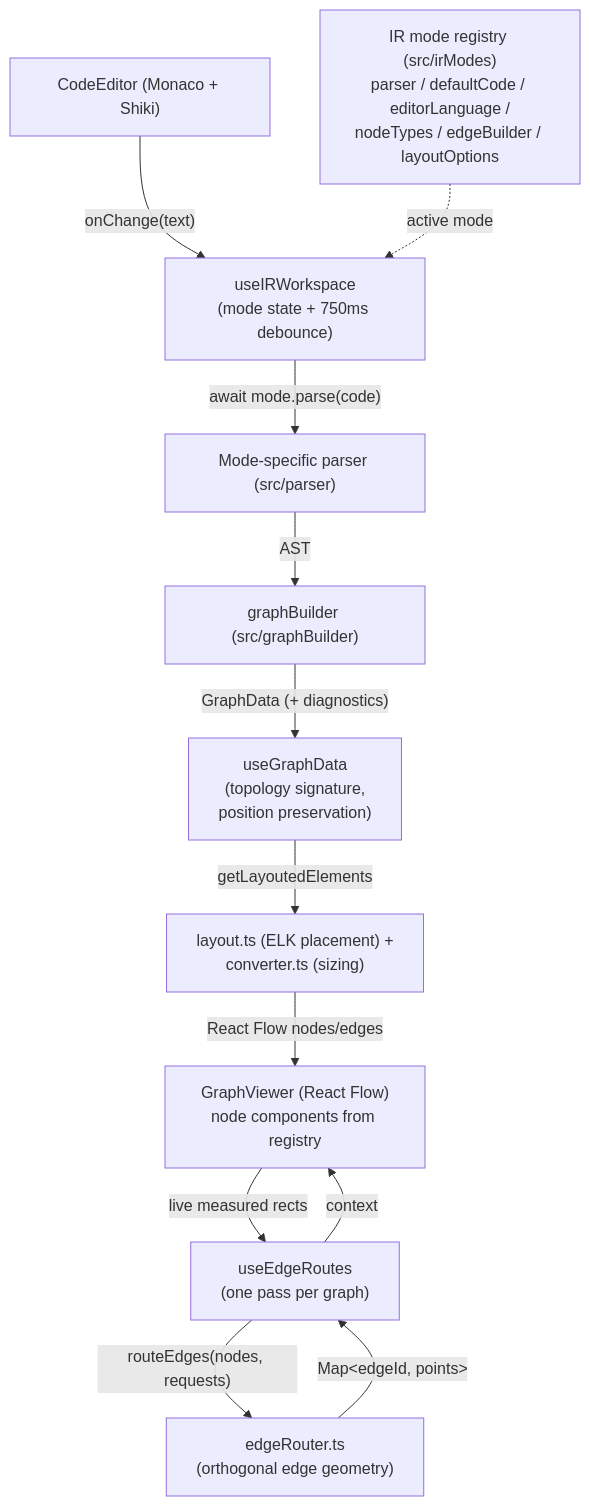
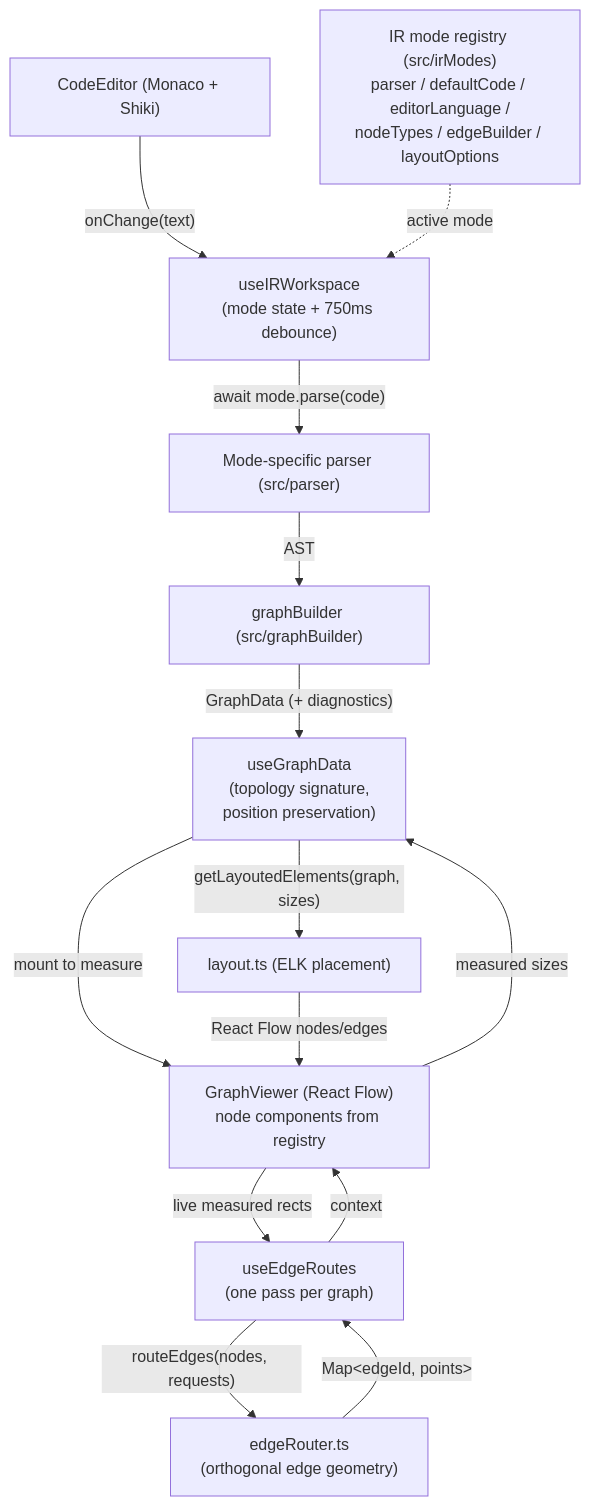
Before and after one commit to himadajin/ir-visualizer: the diagram in docs/internal/architecture.md, drawn with Mermaid. The commit also changed other lines of this file and 38 other files, not shown here.

First line of the commit message:
feat(layout): run ELK on measured node sizes with shared spacing constants (#119)

````diff
--- a/docs/internal/architecture.md
+++ b/docs/internal/architecture.md
@@ -7,14 +7,16 @@
 ```mermaid
 flowchart TD
   Editor["CodeEditor (Monaco + Shiki)"] -->|"onChange(text)"| Workspace["useIRWorkspace<br/>(mode state + 750ms debounce)"]
   Registry["IR mode registry (src/irModes)<br/>parser / defaultCode / editorLanguage /<br/>nodeTypes / edgeBuilder / layoutOptions"] -.->|"active mode"| Workspace
   Workspace -->|"await mode.parse(code)"| Parser["Mode-specific parser (src/parser)"]
   Parser -->|AST| Builder["graphBuilder (src/graphBuilder)"]
   Builder -->|"GraphData (+ diagnostics)"| GraphHook["useGraphData<br/>(topology signature,<br/>position preservation)"]
-  GraphHook -->|"getLayoutedElements"| Layout["layout.ts (ELK placement) +<br/>converter.ts (sizing)"]
-  Layout -->|"React Flow nodes/edges"| Viewer["GraphViewer (React Flow)<br/>node components from registry"]
+  GraphHook -->|"mount to measure"| Viewer["GraphViewer (React Flow)<br/>node components from registry"]
+  Viewer -->|"measured sizes"| GraphHook
+  GraphHook -->|"getLayoutedElements(graph, sizes)"| Layout["layout.ts (ELK placement)"]
+  Layout -->|"React Flow nodes/edges"| Viewer
   Viewer -->|"live measured rects"| Routes["useEdgeRoutes<br/>(one pass per graph)"]
   Routes -->|"routeEdges(nodes, requests)"| Router["edgeRouter.ts<br/>(orthogonal edge geometry)"]
   Router -->|"Map&lt;edgeId, points&gt;"| Routes
   Routes -->|"context"| Viewer
 ```
````
